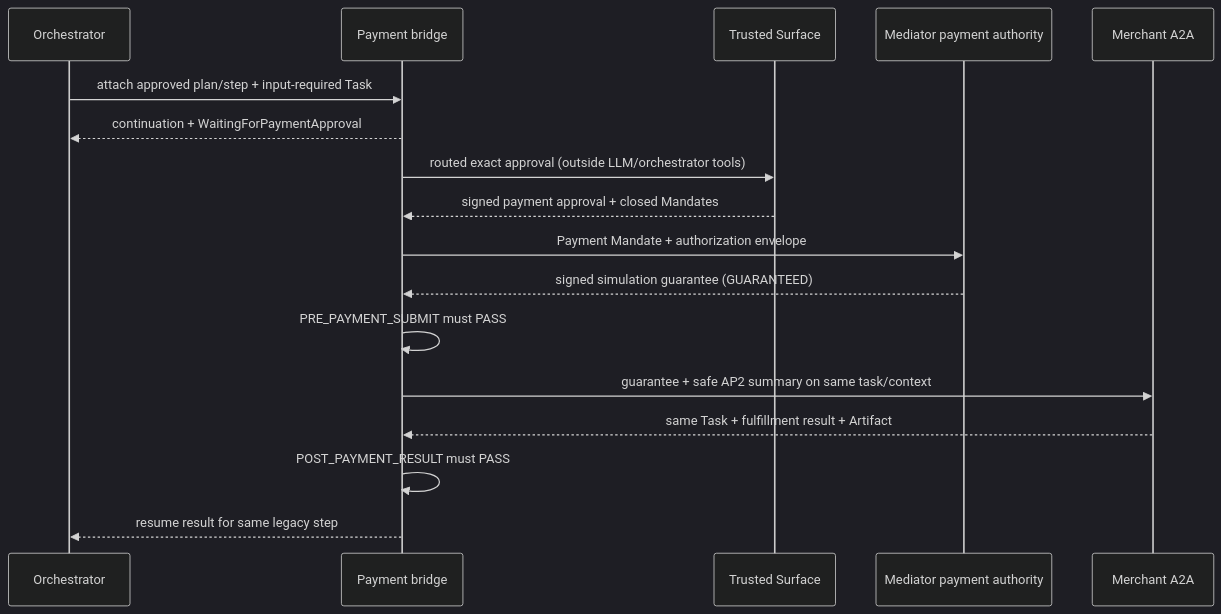
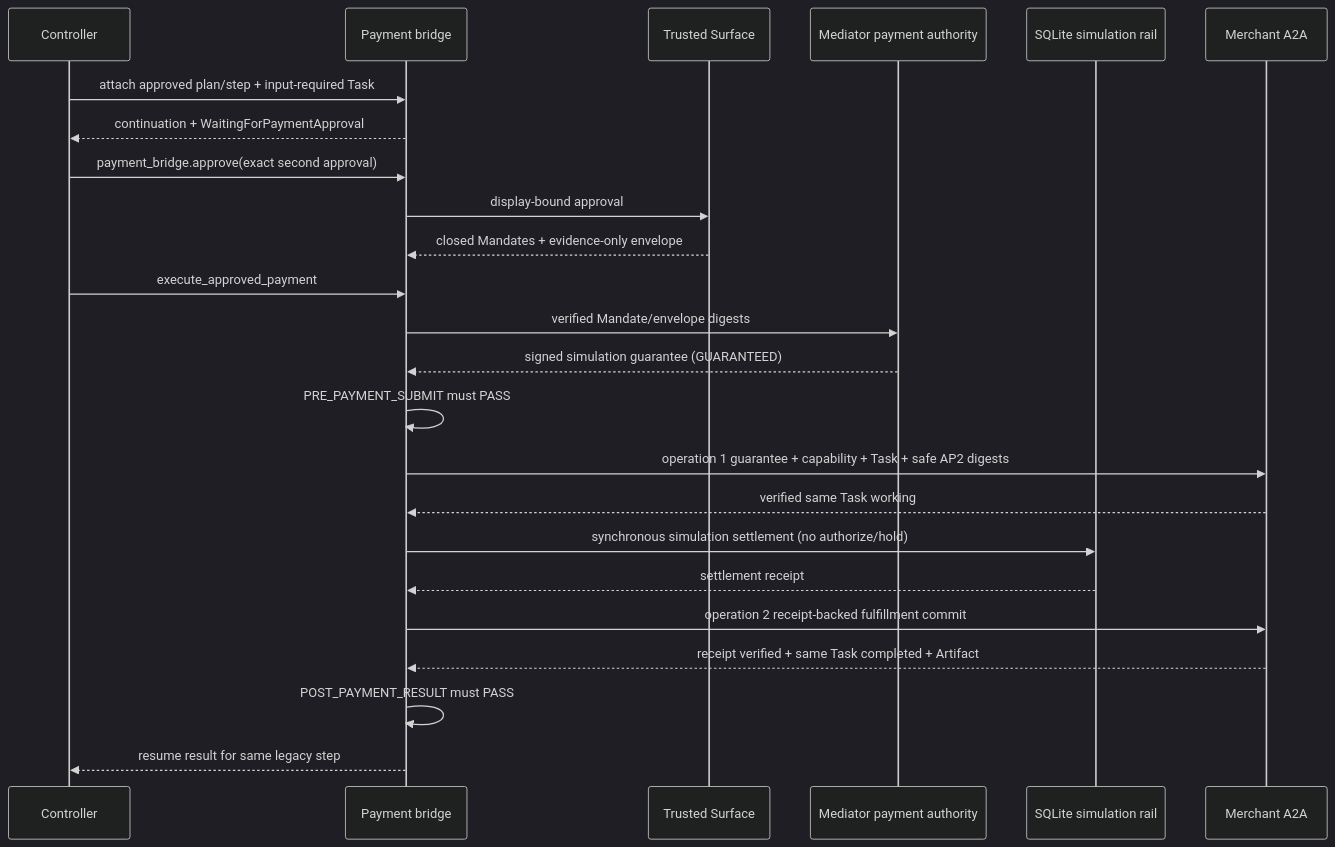
The third of 3 diagrams in docs/payments/mediator-payment-integration-design/04_PAYMENT_BRIDGE_AP2_X402.md (TaichiHiromatsu/secure-ai-agent-matching-platform), drawn with Mermaid (dark theme) before and after one commit. The commit also changed other lines of this file and 23 other files, not shown here.

````diff
--- a/docs/payments/mediator-payment-integration-design/04_PAYMENT_BRIDGE_AP2_X402.md
+++ b/docs/payments/mediator-payment-integration-design/04_PAYMENT_BRIDGE_AP2_X402.md
@@ -252,19 +254,26 @@
 ```mermaid
 sequenceDiagram
-  participant O as Orchestrator
+  participant C as Controller
   participant B as Payment bridge
   participant TS as Trusted Surface
   participant PA as Mediator payment authority
+  participant R as SQLite simulation rail
   participant M as Merchant A2A
-  O->>B: attach approved plan/step + input-required Task
-  B-->>O: continuation + WaitingForPaymentApproval
-  B->>TS: routed exact approval (outside LLM/orchestrator tools)
-  TS-->>B: signed payment approval + closed Mandates
-  B->>PA: Payment Mandate + authorization envelope
+  C->>B: attach approved plan/step + input-required Task
+  B-->>C: continuation + WaitingForPaymentApproval
+  C->>B: payment_bridge.approve(exact second approval)
+  B->>TS: display-bound approval
+  TS-->>B: closed Mandates + evidence-only envelope
+  C->>B: execute_approved_payment
+  B->>PA: verified Mandate/envelope digests
   PA-->>B: signed simulation guarantee (GUARANTEED)
   B->>B: PRE_PAYMENT_SUBMIT must PASS
-  B->>M: guarantee + safe AP2 summary on same task/context
-  M-->>B: same Task + fulfillment result + Artifact
+  B->>M: operation 1 guarantee + capability + Task + safe AP2 digests
+  M-->>B: verified same Task working
+  B->>R: synchronous simulation settlement (no authorize/hold)
+  R-->>B: settlement receipt
+  B->>M: operation 2 receipt-backed fulfillment commit
+  M-->>B: receipt verified + same Task completed + Artifact
   B->>B: POST_PAYMENT_RESULT must PASS
-  B-->>O: resume result for same legacy step
+  B-->>C: resume result for same legacy step
 ```
````
